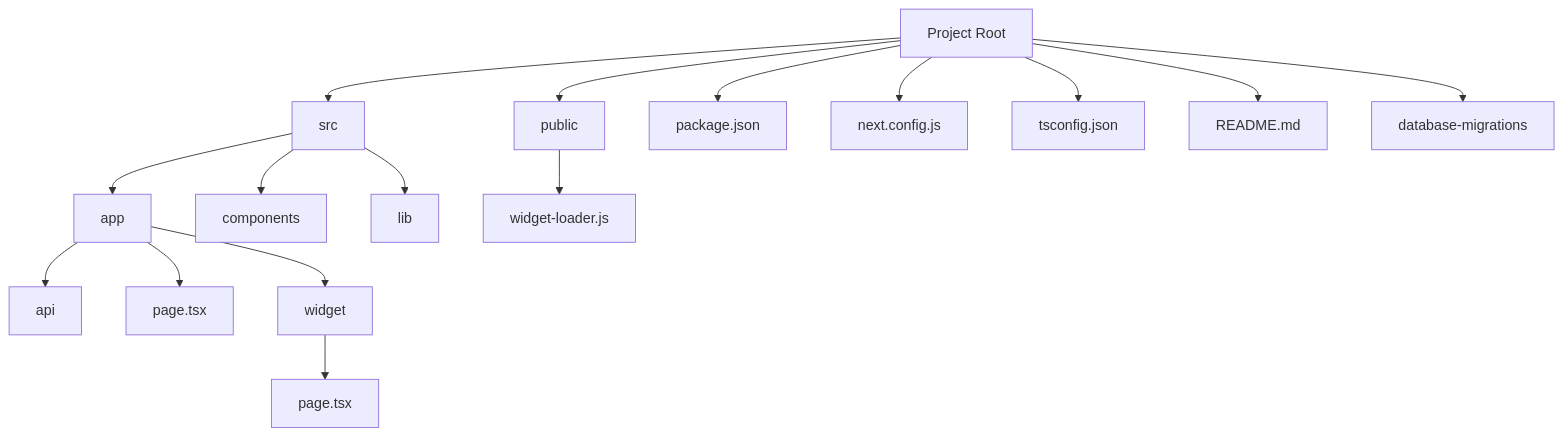
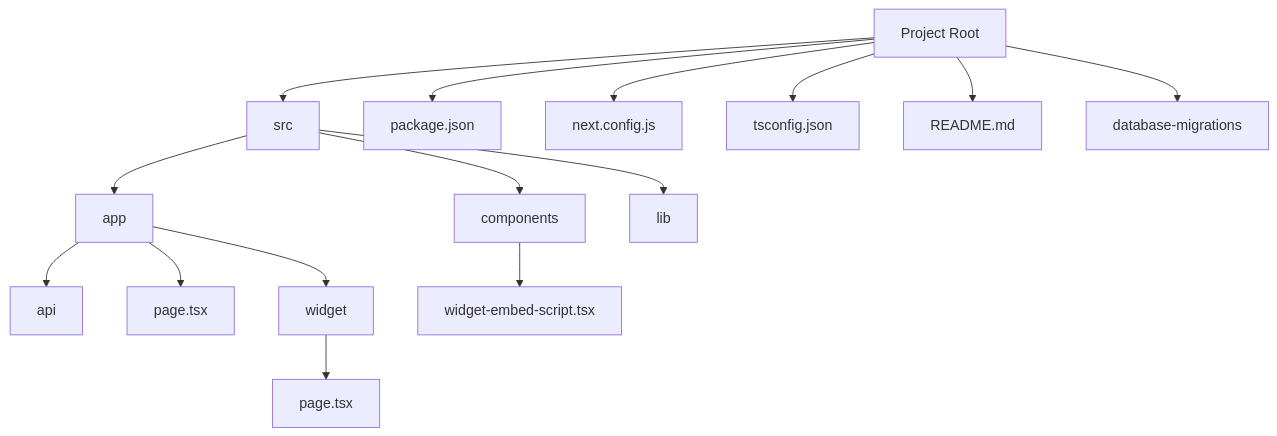
Before and after one commit to opendocuchat/OpenDocuChat: the diagram in README.md, drawn with Mermaid. The commit also changed 2 other files, not shown here.

Commit message:
readme and script polish

````diff
--- a/README.md
+++ b/README.md
@@ -14,18 +14,17 @@
 ```mermaid
 graph TD
     A[Project Root] --> B[src]
-    A --> C[public]
     A --> D[package.json]
     A --> E[next.config.js]
     A --> F[tsconfig.json]
     A --> G[README.md]
     A --> J[database-migrations]
     B --> H[app]
-    B --> I[components]
+    B --> C[components]
     H --> L[api]
     H --> M[page.tsx]
     H --> N[widget]
-    C --> T[widget-loader.js]
+    C --> T[widget-embed-script.tsx]
     B --> U[lib]
     N --> V[page.tsx]
 ```
````
